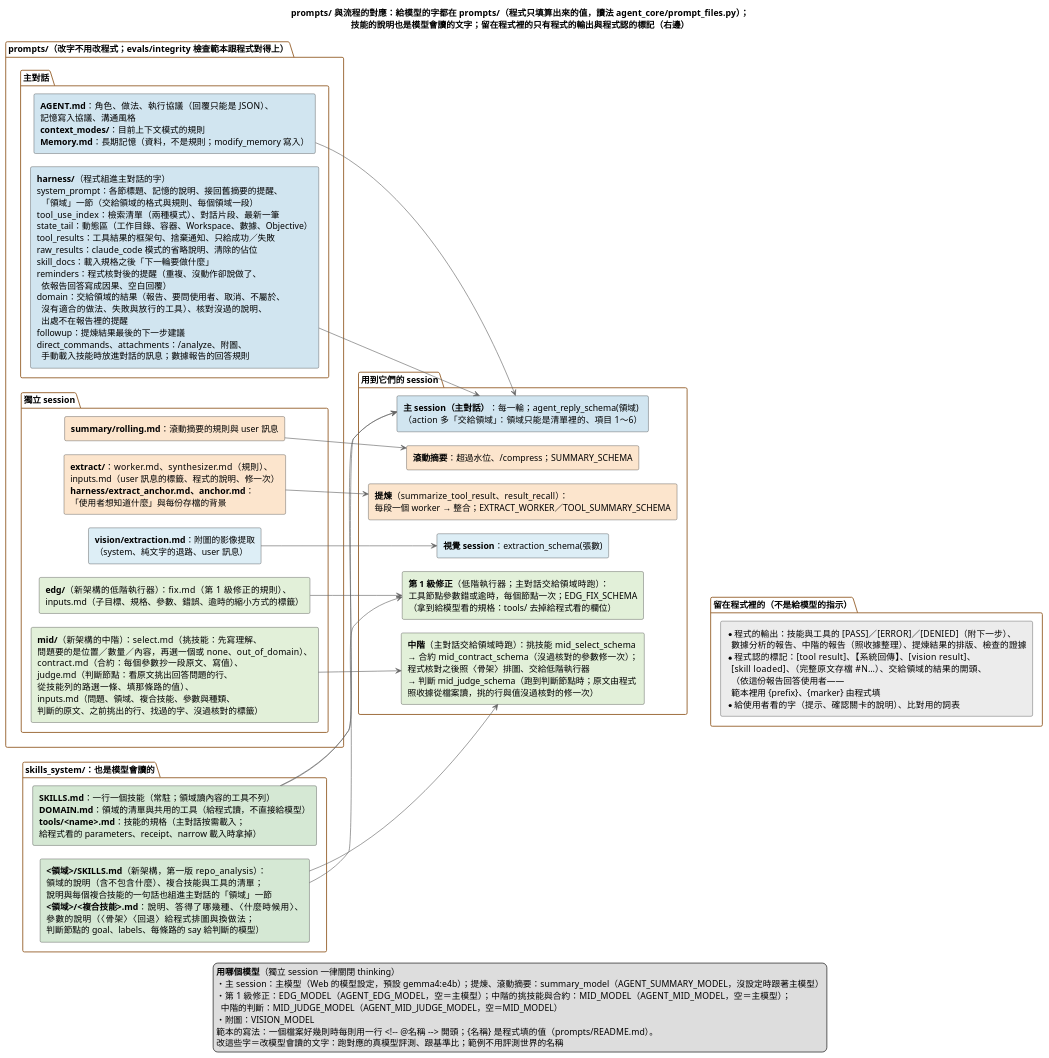
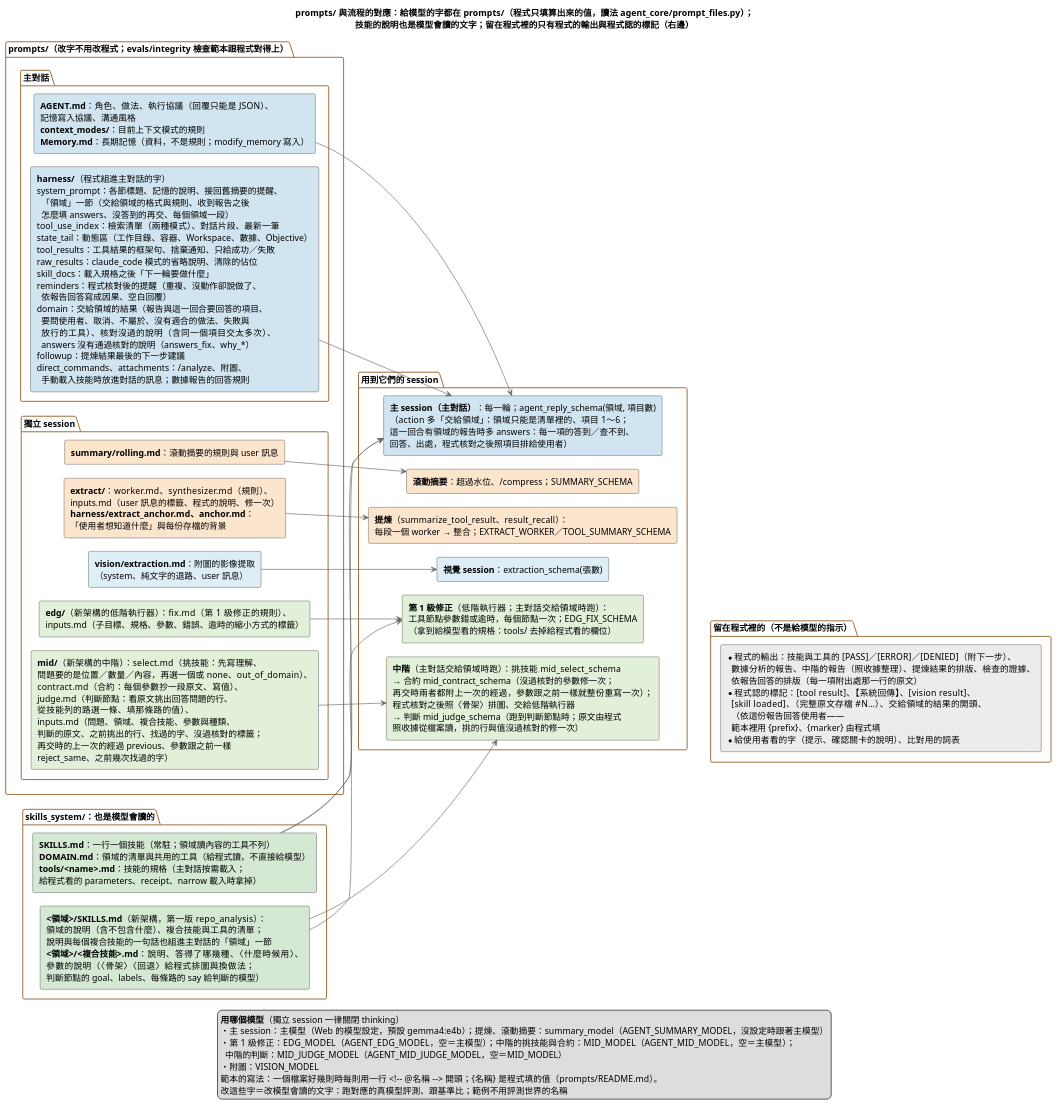
The diagram in doc/diagrams/prompts與流程的對應.puml (DavidZox/Coding_agnet), drawn with PlantUML before and after one commit. The commit also changed 8 other files, not shown here.

```diff
--- a/doc/diagrams/prompts與流程的對應.puml
+++ b/doc/diagrams/prompts與流程的對應.puml
@@ -1,151 +1,159 @@
 @startuml
 ' --- 樣式精準控制 ---
 skinparam shadowing false
 skinparam defaultFontName "Microsoft JhengHei"
 skinparam RectangleWidthMax 440
 skinparam PackageBorderColor #996633
 skinparam ArrowColor #666666
 skinparam ranksep 70
 skinparam nodesep 22
 left to right direction
 
 title prompts/ 與流程的對應：給模型的字都在 prompts/（程式只填算出來的值，讀法 agent_core/prompt_files.py）；\n技能的說明也是模型會讀的文字；留在程式裡的只有程式的輸出與程式認的標記（右邊）
 
 package "prompts/（改字不用改程式；evals/integrity 檢查範本跟程式對得上）" {
   package "主對話" {
     rectangle P_AGENT #D1E5F0 [
       **AGENT.md**：角色、做法、執行協議（回覆只能是 JSON）、
       記憶寫入協議、溝通風格
       **context_modes/**：目前上下文模式的規則
       **Memory.md**：長期記憶（資料，不是規則；modify_memory 寫入）
     ]
     rectangle P_HARNESS #D1E5F0 [
       **harness/**（程式組進主對話的字）
       system_prompt：各節標題、記憶的說明、接回舊摘要的提醒、
-        「領域」一節（交給領域的格式與規則、每個領域一段）
+        「領域」一節（交給領域的格式與規則、收到報告之後
+        怎麼填 answers、沒答到的再交、每個領域一段）
       tool_use_index：檢索清單（兩種模式）、對話片段、最新一筆
       state_tail：動態區（工作目錄、容器、Workspace、數據、Objective）
       tool_results：工具結果的框架句、捨棄通知、只給成功／失敗
       raw_results：claude_code 模式的省略說明、清除的佔位
       skill_docs：載入規格之後「下一輪要做什麼」
       reminders：程式核對後的提醒（重複、沒動作卻說做了、
         依報告回答寫成因果、空白回覆）
-      domain：交給領域的結果（報告、要問使用者、取消、不屬於、
-        沒有適合的做法、失敗與放行的工具）、核對沒過的說明、
-        出處不在報告裡的提醒
+      domain：交給領域的結果（報告與這一回合要回答的項目、
+        要問使用者、取消、不屬於、沒有適合的做法、失敗與
+        放行的工具）、核對沒過的說明（含同一個項目交太多次）、
+        answers 沒有通過核對的說明（answers_fix、why_*）
       followup：提煉結果最後的下一步建議
       direct_commands、attachments：/analyze、附圖、
         手動載入技能時放進對話的訊息；數據報告的回答規則
     ]
   }
   package "獨立 session" {
     rectangle P_SUMMARY #FCE5CD [
       **summary/rolling.md**：滾動摘要的規則與 user 訊息
     ]
     rectangle P_EXTRACT #FCE5CD [
       **extract/**：worker.md、synthesizer.md（規則）、
       inputs.md（user 訊息的標籤、程式的說明、修一次）
       **harness/extract_anchor.md、anchor.md**：
       「使用者想知道什麼」與每份存檔的背景
     ]
     rectangle P_VISION #DDEEF6 [
       **vision/extraction.md**：附圖的影像提取
       （system、純文字的退路、user 訊息）
     ]
     rectangle P_EDG #E2F0D9 [
       **edg/**（新架構的低階執行器）：fix.md（第 1 級修正的規則）、
       inputs.md（子目標、規格、參數、錯誤、逾時的縮小方式的標籤）
     ]
     rectangle P_MID #E2F0D9 [
       **mid/**（新架構的中階）：select.md（挑技能：先寫理解、
       問題要的是位置／數量／內容，再選一個或 none、out_of_domain）、
       contract.md（合約：每個參數抄一段原文、寫值）、
       judge.md（判斷節點：看原文挑出回答問題的行、
       從技能列的路選一條、填那條路的值）、
       inputs.md（問題、領域、複合技能、參數與種類、
-      判斷的原文、之前挑出的行、找過的字、沒過核對的標籤）
+      判斷的原文、之前挑出的行、找過的字、沒過核對的標籤；
+      再交時的上一次的經過 previous、參數跟之前一樣
+      reject_same、之前幾次找過的字）
     ]
   }
 }
 
 package "skills_system/：也是模型會讀的" {
   rectangle K_ALL #D5E8D4 [
     **SKILLS.md**：一行一個技能（常駐；領域讀內容的工具不列）
     **DOMAIN.md**：領域的清單與共用的工具（給程式讀，不直接給模型）
     **tools/<name>.md**：技能的規格（主對話按需載入；
     給程式看的 parameters、receipt、narrow 載入時拿掉）
   ]
   rectangle K_DOMAIN #D5E8D4 [
     **<領域>/SKILLS.md**（新架構，第一版 repo_analysis）：
     領域的說明（含不包含什麼）、複合技能與工具的清單；
     說明與每個複合技能的一句話也組進主對話的「領域」一節
     **<領域>/<複合技能>.md**：說明、答得了哪幾種、〈什麼時候用〉、
     參數的說明（〈骨架〉〈回退〉給程式排圖與換做法；
     判斷節點的 goal、labels、每條路的 say 給判斷的模型）
   ]
 }
 
 package "用到它們的 session" {
   rectangle S_MAIN #D1E5F0 [
-    **主 session（主對話）**：每一輪；agent_reply_schema(領域)
-    （action 多「交給領域」：領域只能是清單裡的、項目 1～6）
+    **主 session（主對話）**：每一輪；agent_reply_schema(領域, 項目數)
+    （action 多「交給領域」：領域只能是清單裡的、項目 1～6；
+    這一回合有領域的報告時多 answers：每一項的答到／查不到、
+    回答、出處，程式核對之後照項目排給使用者）
   ]
   rectangle S_SUMMARY #FCE5CD [
     **滾動摘要**：超過水位、/compress；SUMMARY_SCHEMA
   ]
   rectangle S_EXTRACT #FCE5CD [
     **提煉**（summarize_tool_result、result_recall）：
     每段一個 worker → 整合；EXTRACT_WORKER／TOOL_SUMMARY_SCHEMA
   ]
   rectangle S_VISION #DDEEF6 [
     **視覺 session**：extraction_schema(張數)
   ]
   rectangle S_EDG #E2F0D9 [
     **第 1 級修正**（低階執行器；主對話交給領域時跑）：
     工具節點參數錯或逾時，每個節點一次；EDG_FIX_SCHEMA
     （拿到給模型看的規格：tools/ 去掉給程式看的欄位）
   ]
   rectangle S_MID #E2F0D9 [
     **中階**（主對話交給領域時跑）：挑技能 mid_select_schema
-    → 合約 mid_contract_schema（沒過核對的參數修一次）；
+    → 合約 mid_contract_schema（沒過核對的參數修一次；
+    再交時兩者都附上一次的經過，參數跟之前一樣就整份重寫一次）；
     程式核對之後照〈骨架〉排圖、交給低階執行器
     → 判斷 mid_judge_schema（跑到判斷節點時；原文由程式
     照收據從檔案讀，挑的行與值沒過核對的修一次）
   ]
 }
 
 package "留在程式裡的（不是給模型的指示）" {
   rectangle C_LIST #ECECEC [
     * 程式的輸出：技能與工具的 [PASS]／[ERROR]／[DENIED]（附下一步）、
-      數據分析的報告、中階的報告（照收據整理）、提煉結果的排版、檢查的證據
+      數據分析的報告、中階的報告（照收據整理）、提煉結果的排版、檢查的證據、
+      依報告回答的排版（每一項附出處那一行的原文）
     * 程式認的標記：[tool result]、【系統回傳】、[vision result]、
       [skill loaded]、（完整原文存檔 #N…）、交給領域的結果的開頭、
       （依這份報告回答使用者——
       範本裡用 {prefix}、{marker} 由程式填
     * 給使用者看的字（提示、確認關卡的說明）、比對用的詞表
   ]
 }
 
 P_AGENT --> S_MAIN
 P_HARNESS --> S_MAIN
 K_ALL --> S_MAIN
 P_SUMMARY --> S_SUMMARY
 P_EXTRACT --> S_EXTRACT
 P_VISION --> S_VISION
 P_EDG --> S_EDG
 K_ALL --> S_EDG
 P_MID --> S_MID
 K_DOMAIN --> S_MID
 K_DOMAIN --> S_MAIN
 S_MID -[hidden]-> C_LIST
 
 legend bottom
   **用哪個模型**（獨立 session 一律關閉 thinking）
   ・主 session：主模型（Web 的模型設定，預設 gemma4:e4b）；提煉、滾動摘要：summary_model（AGENT_SUMMARY_MODEL，沒設定時跟著主模型）
   ・第 1 級修正：EDG_MODEL（AGENT_EDG_MODEL，空＝主模型）；中階的挑技能與合約：MID_MODEL（AGENT_MID_MODEL，空＝主模型）；
     中階的判斷：MID_JUDGE_MODEL（AGENT_MID_JUDGE_MODEL，空＝MID_MODEL）
   ・附圖：VISION_MODEL
   範本的寫法：一個檔案好幾則時每則用一行 <!~-- @名稱 ~--> 開頭；{名稱} 是程式填的值（prompts/README.md）。
   改這些字＝改模型會讀的文字：跑對應的真模型評測、跟基準比；範例不用評測世界的名稱
 endlegend
 @enduml
```
